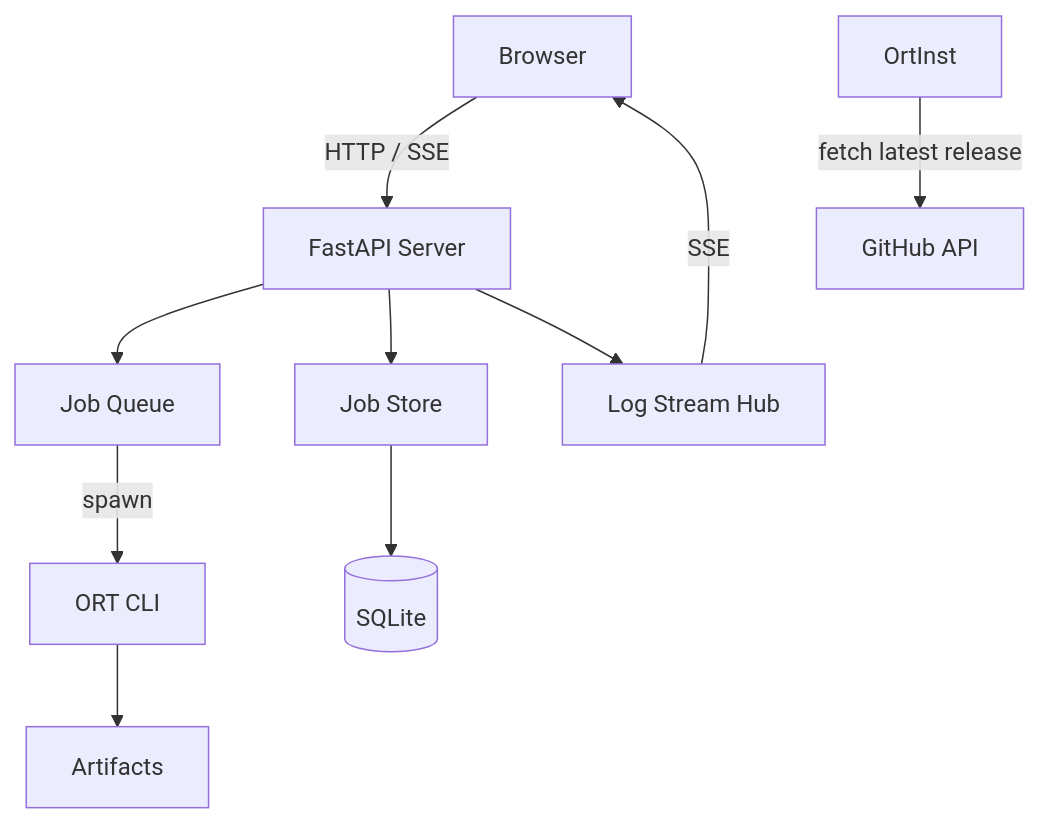
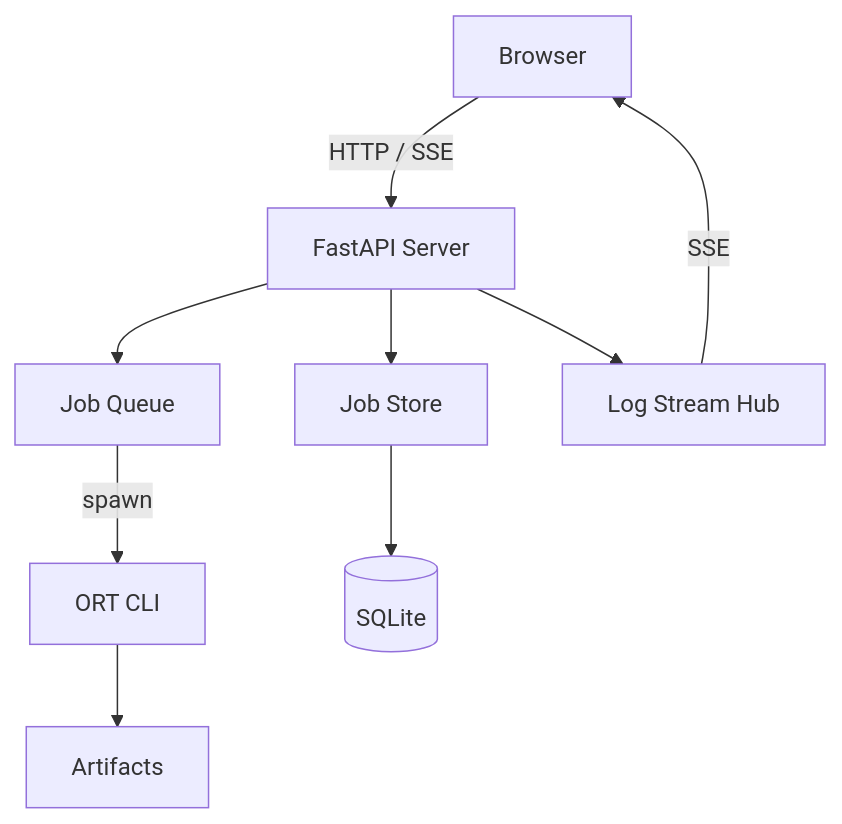
Before and after one commit to tnvinh2711/ort-web: the first of 4 diagrams in DIAGRAMS.md, drawn with Mermaid.

Commit message:
docs: remove GitHub API node from architecture diagram

````diff
--- a/DIAGRAMS.md
+++ b/DIAGRAMS.md
@@ -7,12 +7,11 @@
 ```mermaid
 graph TB
     Browser["Browser"] -->|"HTTP / SSE"| API["FastAPI Server"]
     API --> JobQueue["Job Queue"]
     API --> JobStore["Job Store"]
     API --> LogHub["Log Stream Hub"]
     JobQueue -->|"spawn"| ORT["ORT CLI"]
     JobStore --> DB[("SQLite")]
     ORT --> Artifacts["Artifacts"]
     LogHub -->|"SSE"| Browser
-    OrtInst -->|"fetch latest release"| GitHub["GitHub API"]
 ```
````
